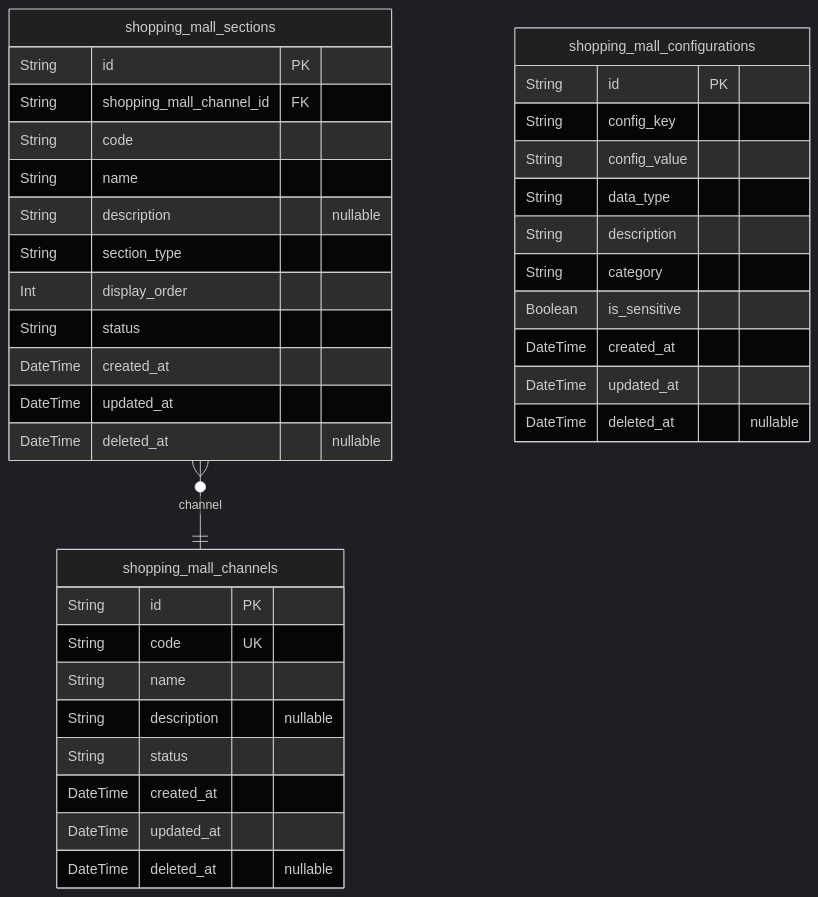
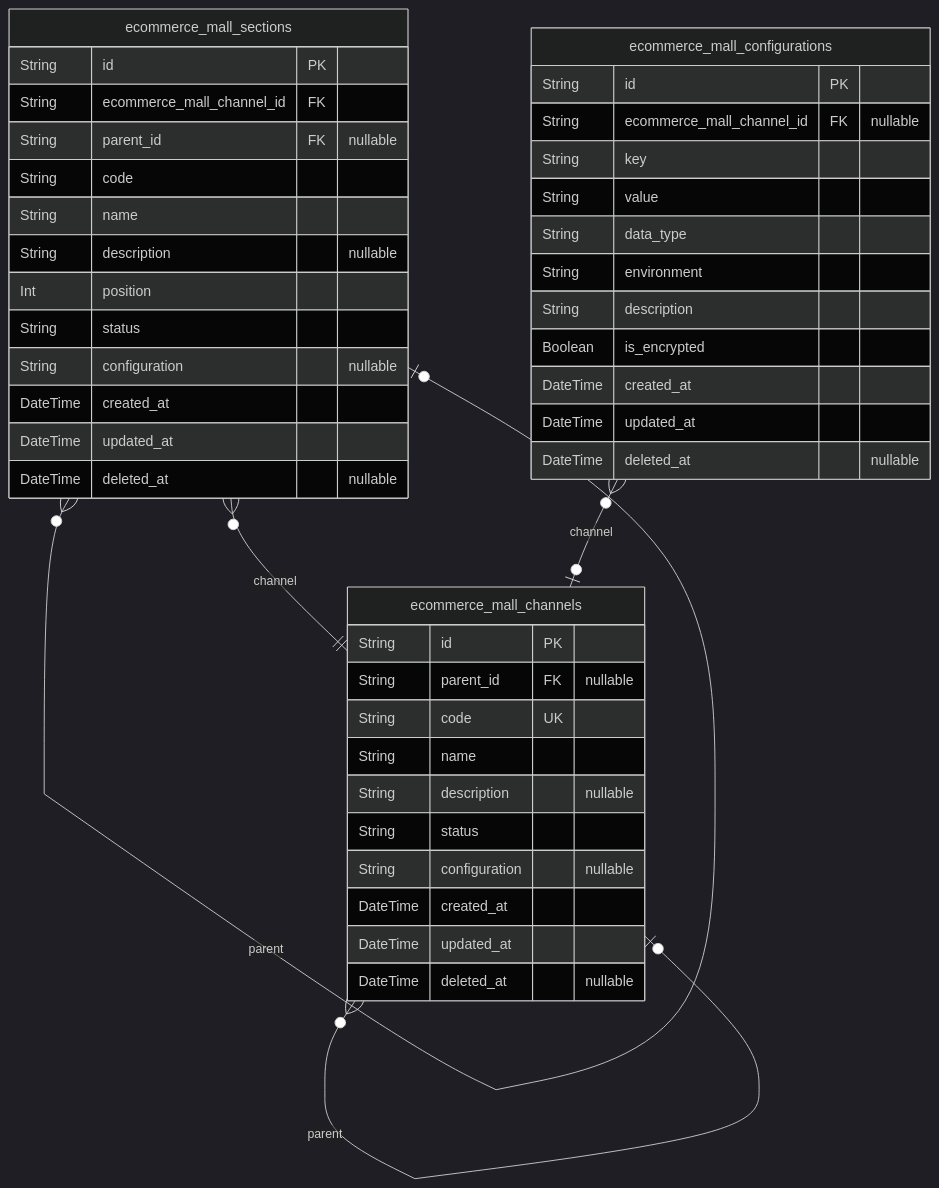
One commit to wrtnlabs/autobe-examples changed the first of 10 diagrams in deepseek/deepseek-v3.1-terminus-exacto/shopping/docs/ERD.md. Above: the diagram before and after it, drawn with Mermaid (dark theme). The commit also changed other lines of this file and 22498 other files, not shown here.

````diff
--- a/deepseek/deepseek-v3.1-terminus-exacto/shopping/docs/ERD.md
+++ b/deepseek/deepseek-v3.1-terminus-exacto/shopping/docs/ERD.md
@@ -17,39 +18,46 @@
 ```mermaid
 erDiagram
-"shopping_mall_channels" {
+"ecommerce_mall_channels" {
   String id PK
+  String parent_id FK "nullable"
   String code UK
   String name
   String description "nullable"
   String status
+  String configuration "nullable"
   DateTime created_at
   DateTime updated_at
   DateTime deleted_at "nullable"
 }
-"shopping_mall_sections" {
+"ecommerce_mall_sections" {
   String id PK
-  String shopping_mall_channel_id FK
+  String ecommerce_mall_channel_id FK
+  String parent_id FK "nullable"
   String code
   String name
   String description "nullable"
-  String section_type
-  Int display_order
+  Int position
   String status
+  String configuration "nullable"
   DateTime created_at
   DateTime updated_at
   DateTime deleted_at "nullable"
 }
-"shopping_mall_configurations" {
+"ecommerce_mall_configurations" {
   String id PK
-  String config_key
-  String config_value
+  String ecommerce_mall_channel_id FK "nullable"
+  String key
+  String value
   String data_type
+  String environment
   String description
-  String category
-  Boolean is_sensitive
+  Boolean is_encrypted
   DateTime created_at
   DateTime updated_at
   DateTime deleted_at "nullable"
 }
-"shopping_mall_sections" }o--|| "shopping_mall_channels" : channel
+"ecommerce_mall_channels" }o--o| "ecommerce_mall_channels" : parent
+"ecommerce_mall_sections" }o--|| "ecommerce_mall_channels" : channel
+"ecommerce_mall_sections" }o--o| "ecommerce_mall_sections" : parent
+"ecommerce_mall_configurations" }o--o| "ecommerce_mall_channels" : channel
 ```
````
